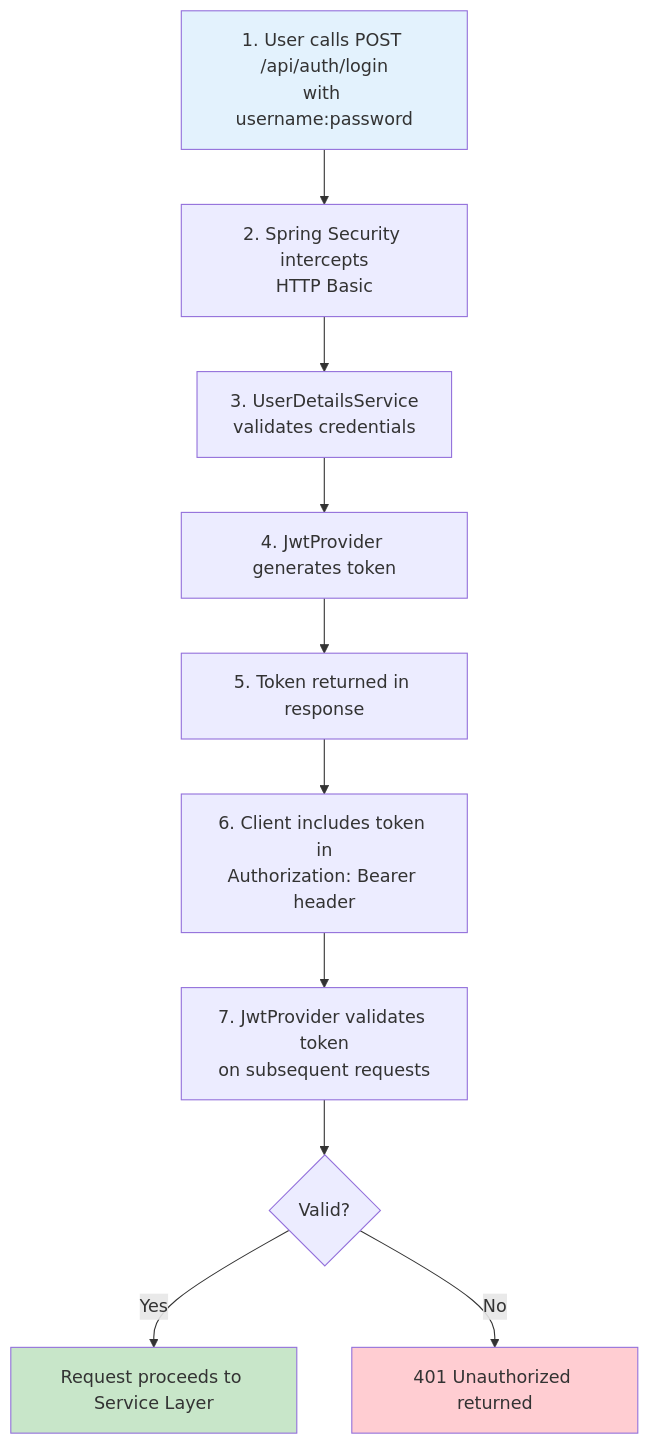
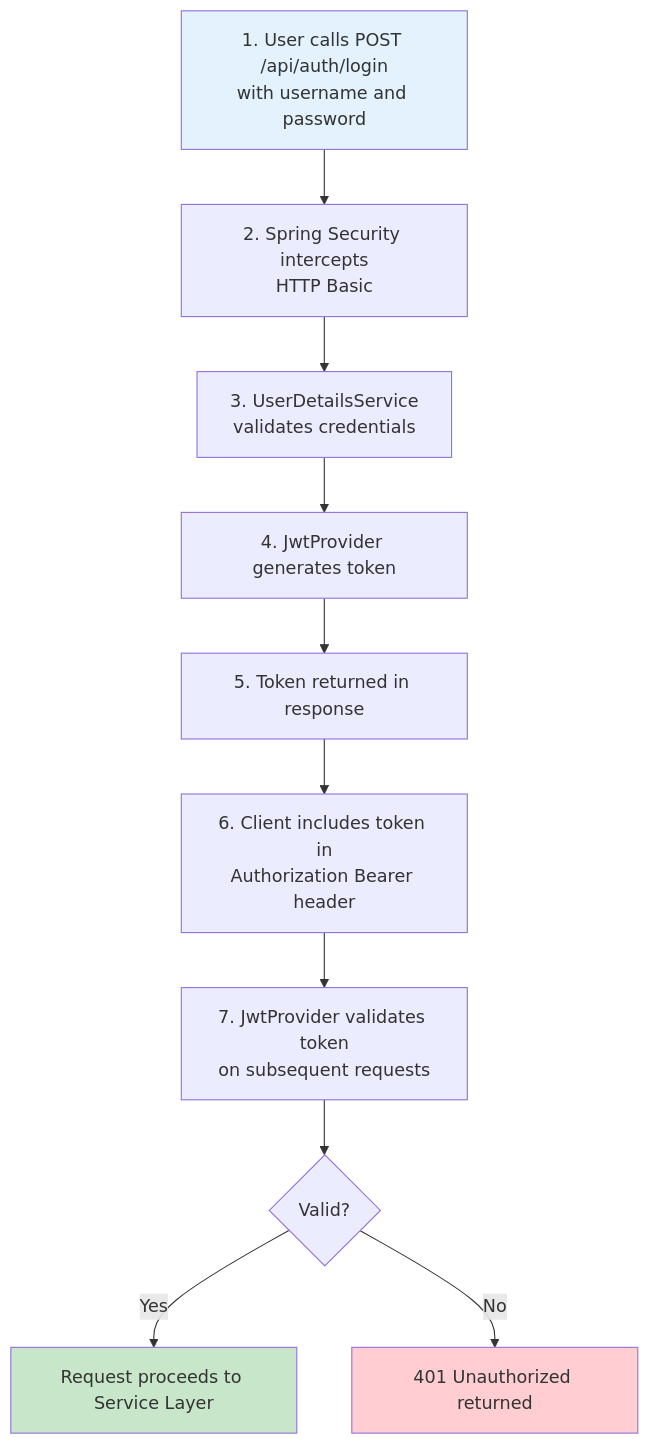
The second of 4 diagrams in docs/architecture/layers.md (Keglev/stockease), drawn with Mermaid before and after one commit. The commit also changed 8 other files, not shown here.

Commit message:
fix: Remove colons from mermaid node labels to fix rendering errors

````diff
--- a/docs/architecture/layers.md
+++ b/docs/architecture/layers.md
@@ -77,17 +77,17 @@
 ```mermaid
 graph TD
-    A[1. User calls POST /api/auth/login<br/>with username:password] --> B[2. Spring Security intercepts<br/>HTTP Basic]
+    A[1. User calls POST /api/auth/login<br/>with username and password] --> B[2. Spring Security intercepts<br/>HTTP Basic]
     B --> C[3. UserDetailsService<br/>validates credentials]
     C --> D[4. JwtProvider generates token]
     D --> E[5. Token returned in response]
-    E --> F[6. Client includes token in<br/>Authorization: Bearer header]
+    E --> F[6. Client includes token in<br/>Authorization Bearer header]
     F --> G[7. JwtProvider validates token<br/>on subsequent requests]
     
     G --> H{Valid?}
     H -->|Yes| I[Request proceeds to Service Layer]
     H -->|No| J[401 Unauthorized returned]
     
     style A fill:#e3f2fd
     style I fill:#c8e6c9
     style J fill:#ffcdd2
 ```
````
